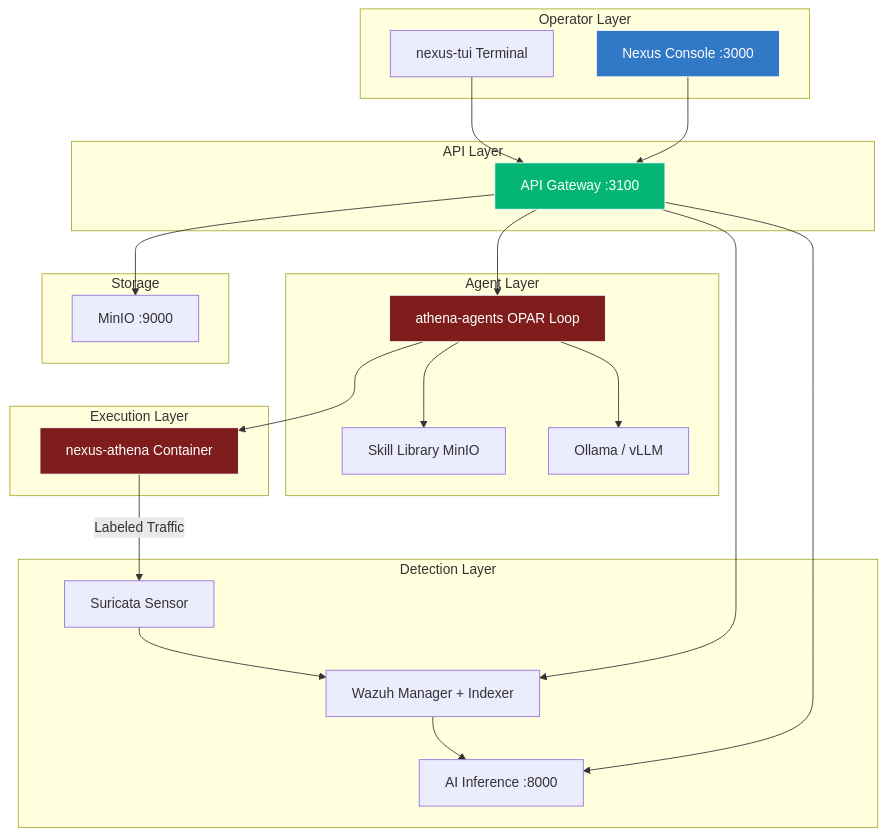
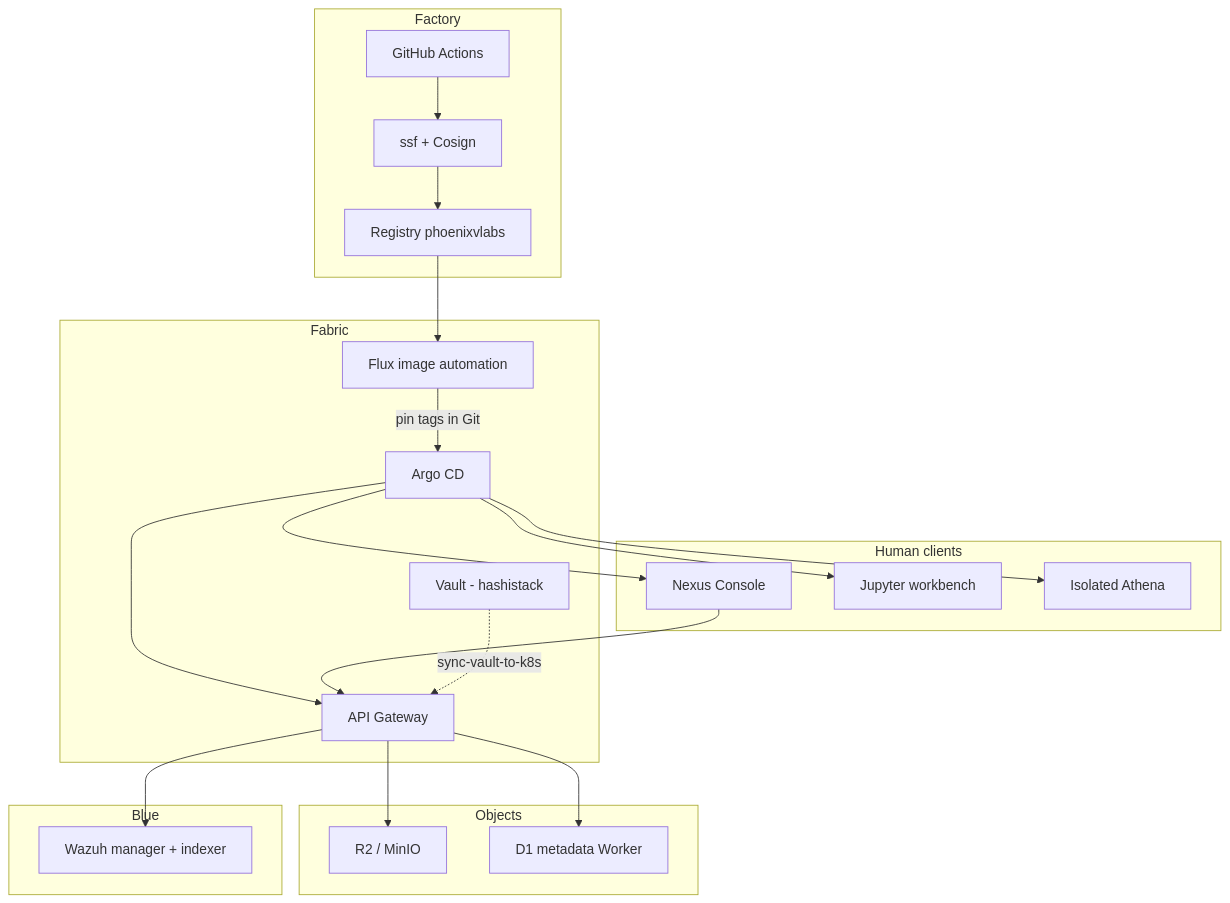
One commit to acald-creator/core-nexus changed the diagram in README.md. Above: the diagram before and after it, drawn with Mermaid. The commit also changed other lines of this file, not shown here.

First line of the commit message:
docs: rewrite README for fabric/factory/range architecture

````diff
--- a/README.md
+++ b/README.md
@@ -41,49 +27,43 @@
 ```mermaid
-graph TD
-    subgraph "Operator Layer"
-        Console[Nexus Console :3000]
-        TUI[nexus-tui Terminal]
-    end
+flowchart TB
+  subgraph clients [Human clients]
+    Console[Nexus Console]
+    Jupyter[Jupyter workbench]
+    Athena[Isolated Athena]
+  end
 
-    subgraph "API Layer"
-        GW[API Gateway :3100]
-    end
+  subgraph fabric [Fabric]
+    Argo[Argo CD]
+    Flux[Flux image automation]
+    GW[API Gateway]
+    Vault[Vault - hashistack]
+  end
 
-    subgraph "Agent Layer"
-        OPAR[athena-agents OPAR Loop]
-        Skills[Skill Library MinIO]
-        LLM[Ollama / vLLM]
-    end
+  subgraph factory [Factory]
+    CI[GitHub Actions]
+    SSF[ssf + Cosign]
+    Hub[Registry phoenixvlabs]
+  end
 
-    subgraph "Execution Layer"
-        Athena[nexus-athena Container]
-    end
+  subgraph store [Objects]
+    R2[R2 / MinIO]
+    D1[D1 metadata Worker]
+  end
 
-    subgraph "Detection Layer"
-        Suricata[Suricata Sensor]
-        Wazuh[Wazuh Manager + Indexer]
-        AI[AI Inference :8000]
-    end
+  subgraph blue [Blue]
+    Wazuh[Wazuh manager + indexer]
+  end
 
-    subgraph "Storage"
-        MinIO[MinIO :9000]
-    end
-
-    Console --> GW
-    TUI --> GW
-    GW --> Wazuh
-    GW --> MinIO
-    GW --> AI
-    GW --> OPAR
-    OPAR --> LLM
-    OPAR --> Skills
-    OPAR --> Athena
-    Athena -->|Labeled Traffic| Suricata
-    Suricata --> Wazuh
-    Wazuh --> AI
-
-    style Console fill:#3178c6,stroke:#fff,color:#fff
-    style GW fill:#04b575,stroke:#fff,color:#fff
-    style OPAR fill:#7f1d1d,stroke:#fff,color:#fff
-    style Athena fill:#7f1d1d,stroke:#fff,color:#fff
+  CI --> SSF --> Hub
+  Flux -->|pin tags in Git| Argo
+  Hub --> Flux
+  Argo --> Console
+  Argo --> GW
+  Argo --> Jupyter
+  Argo --> Athena
+  Console --> GW
+  GW --> R2
+  GW --> D1
+  GW --> Wazuh
+  Vault -.->|sync-vault-to-k8s| GW
 ```
````
